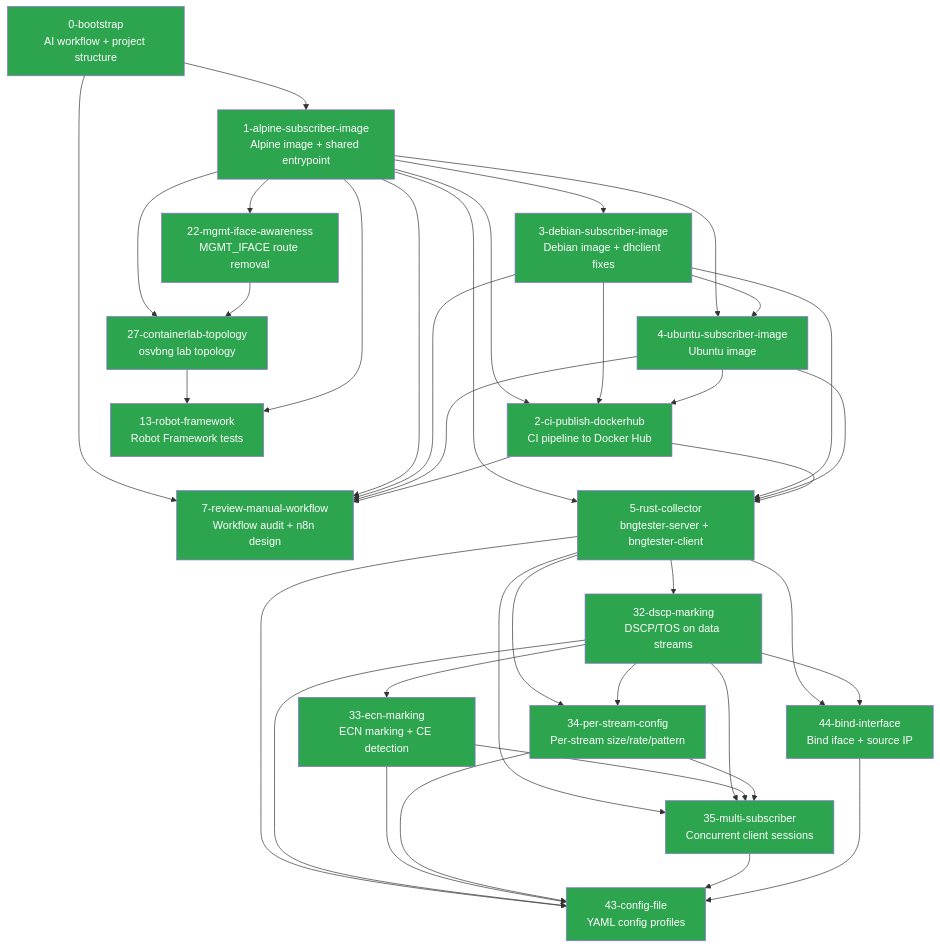
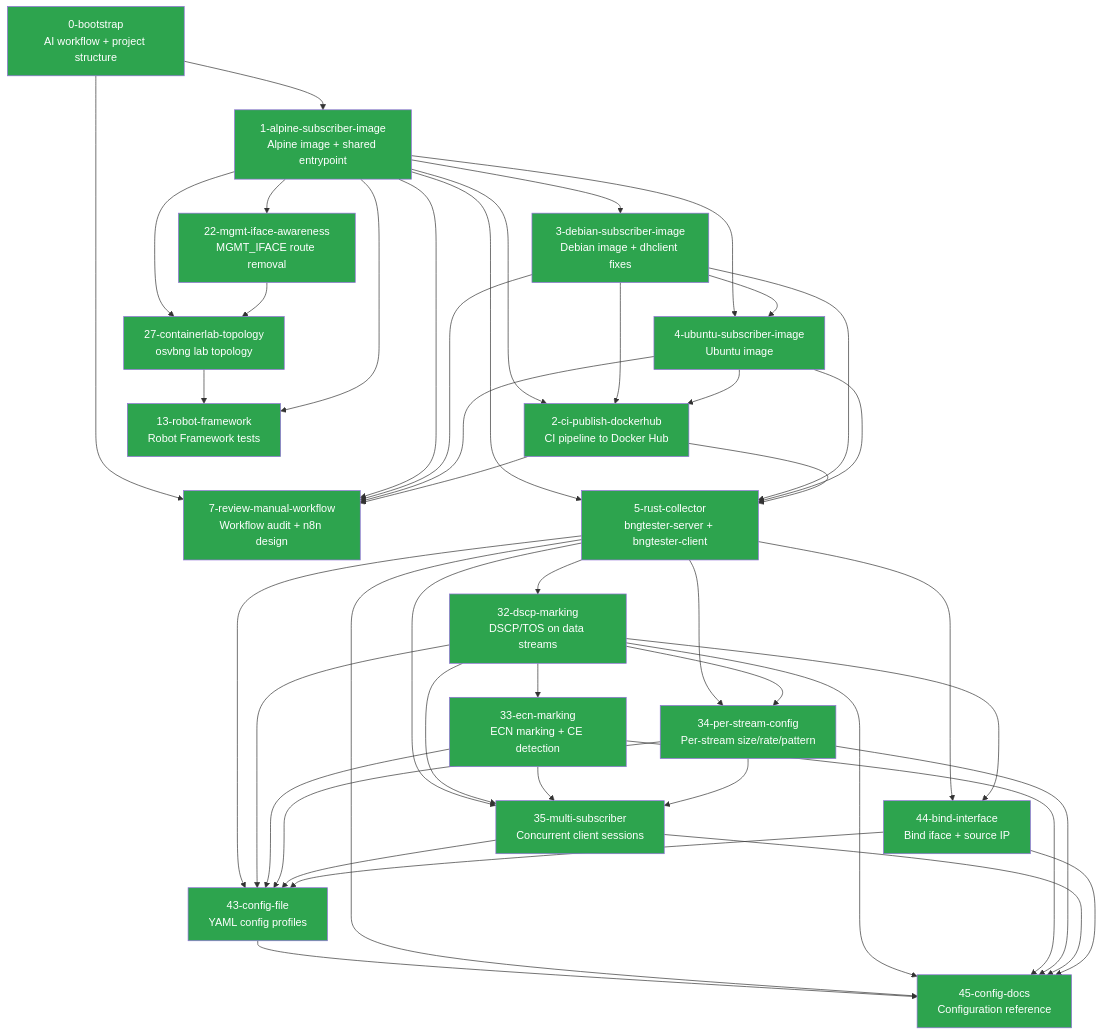
The diagram in context/SUMMARY.md (veesix-networks/bngtester), drawn with Mermaid before and after one commit. The commit also changed other lines of this file and 3 other files, not shown here.

First line of the commit message:
docs(reference): add configuration reference documentation (#45)

````diff
--- a/context/SUMMARY.md
+++ b/context/SUMMARY.md
@@ -49,6 +50,7 @@
     MS[35-multi-subscriber<br/>Concurrent client sessions]
     BI[44-bind-interface<br/>Bind iface + source IP]
     CF[43-config-file<br/>YAML config profiles]
+    CD[45-config-docs<br/>Configuration reference]
 
     B --> A
     A --> D
@@ -87,6 +89,13 @@
     PSC --> CF
     MS --> CF
     BI --> CF
+    CF --> CD
+    RC --> CD
+    DSCP --> CD
+    ECN --> CD
+    PSC --> CD
+    MS --> CD
+    BI --> CD
 
     style B fill:#2da44e,color:#fff
     style A fill:#2da44e,color:#fff
@@ -104,4 +113,5 @@
     style MS fill:#2da44e,color:#fff
     style BI fill:#2da44e,color:#fff
     style CF fill:#2da44e,color:#fff
+    style CD fill:#2da44e,color:#fff
 ```
````
